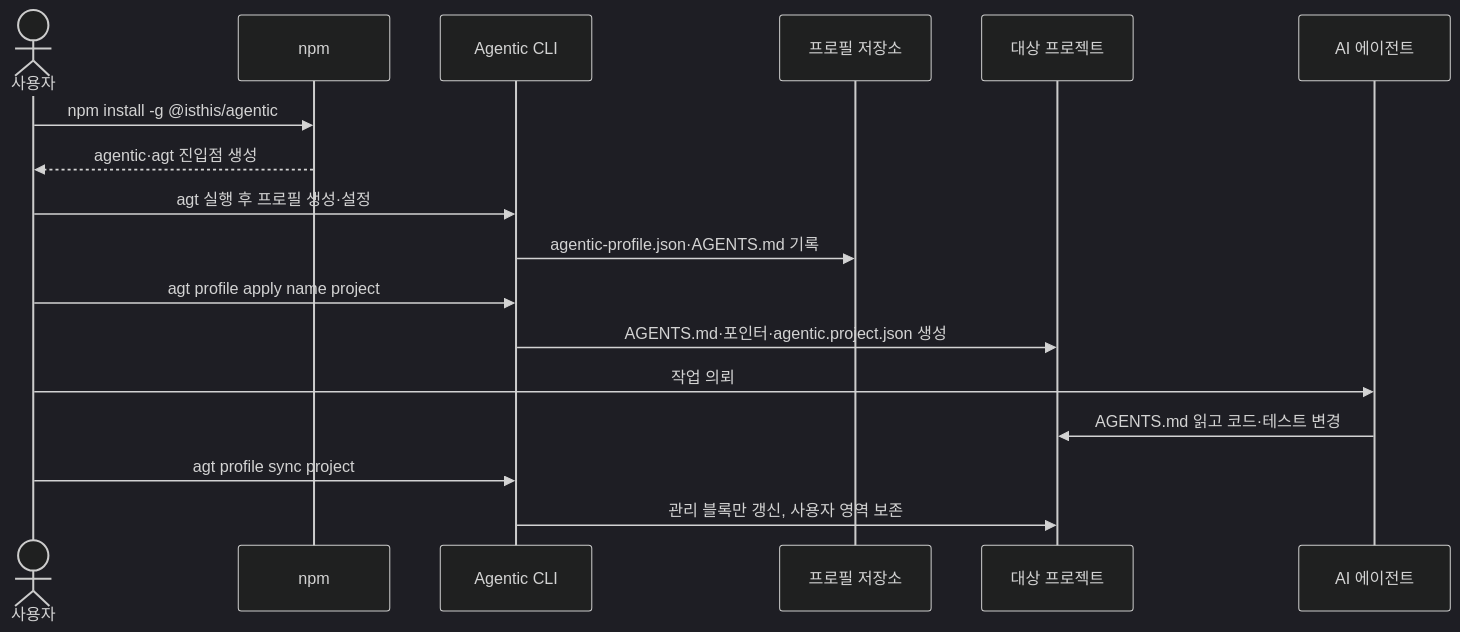
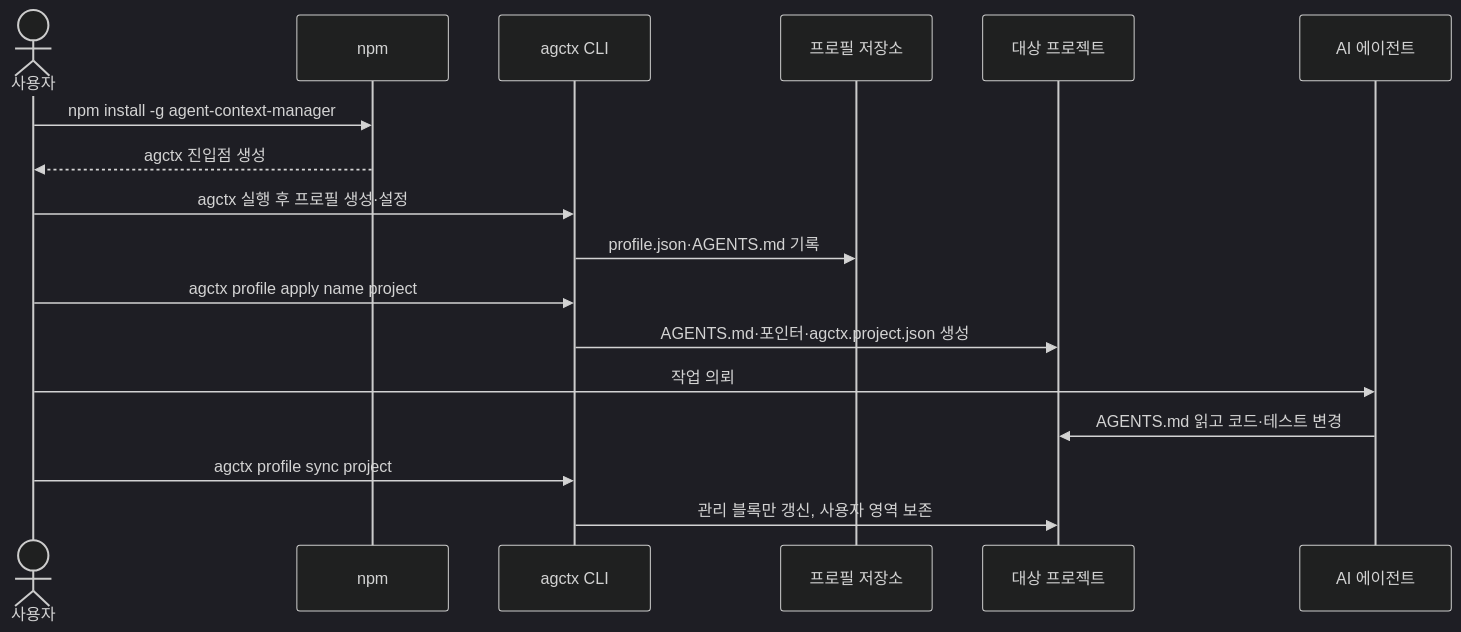
The sixth of 6 diagrams in docs/implementation-principles.md (IsthisLee/agent-context-manager), drawn with Mermaid (dark theme) before and after one commit. The commit also changed other lines of this file and 73 other files, not shown here.

First line of the commit message:
feat!: 이름을 Agent Context Manager(agctx)로 바꾸고 이전 이름의 호환 코드를 지운다

````diff
--- a/docs/implementation-principles.md
+++ b/docs/implementation-principles.md
@@ -556,19 +553,19 @@
 ```mermaid
 sequenceDiagram
   actor U as 사용자
   participant N as npm
-  participant C as Agentic CLI
+  participant C as agctx CLI
   participant K as 프로필 저장소
   participant P as 대상 프로젝트
   participant A as AI 에이전트
-  U->>N: npm install -g @isthis/agentic
-  N-->>U: agentic·agt 진입점 생성
-  U->>C: agt 실행 후 프로필 생성·설정
-  C->>K: agentic-profile.json·AGENTS.md 기록
-  U->>C: agt profile apply name project
-  C->>P: AGENTS.md·포인터·agentic.project.json 생성
+  U->>N: npm install -g agent-context-manager
+  N-->>U: agctx 진입점 생성
+  U->>C: agctx 실행 후 프로필 생성·설정
+  C->>K: profile.json·AGENTS.md 기록
+  U->>C: agctx profile apply name project
+  C->>P: AGENTS.md·포인터·agctx.project.json 생성
   U->>A: 작업 의뢰
   A->>P: AGENTS.md 읽고 코드·테스트 변경
-  U->>C: agt profile sync project
+  U->>C: agctx profile sync project
   C->>P: 관리 블록만 갱신, 사용자 영역 보존
 ```
````
